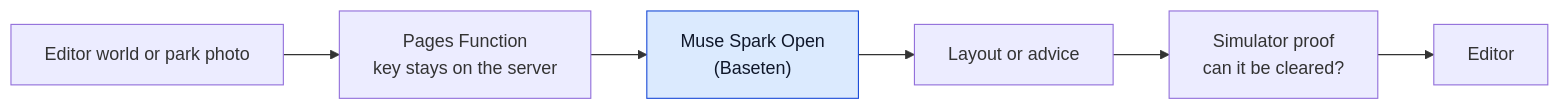
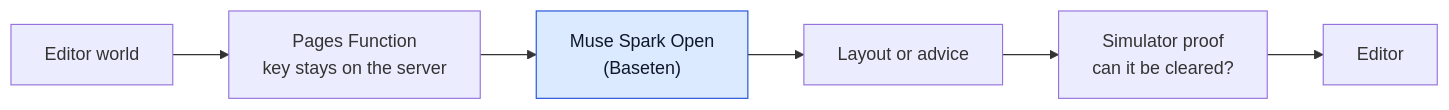
The fourth of 7 diagrams in docs/meta-ai-pipelines.md (gitgithan/conquercourse), drawn with Mermaid before and after one commit. The commit also changed other lines of this file and 40 other files, not shown here.

````diff
--- a/docs/meta-ai-pipelines.md
+++ b/docs/meta-ai-pipelines.md
@@ -103,10 +100,10 @@
 ```mermaid
 flowchart LR
-  U["Editor world or park photo"] --> F["Pages Function<br/>key stays on the server"]
+  U["Editor world"] --> F["Pages Function<br/>key stays on the server"]
   F --> M["Muse Spark Open<br/>(Baseten)"]
   M --> L["Layout or advice"]
   L --> S["Simulator proof<br/>can it be cleared?"]
   S --> E["Editor"]
   classDef meta fill:#dbeafe,stroke:#1d4ed8,color:#0f172a;
   class M meta;
 ```
````
